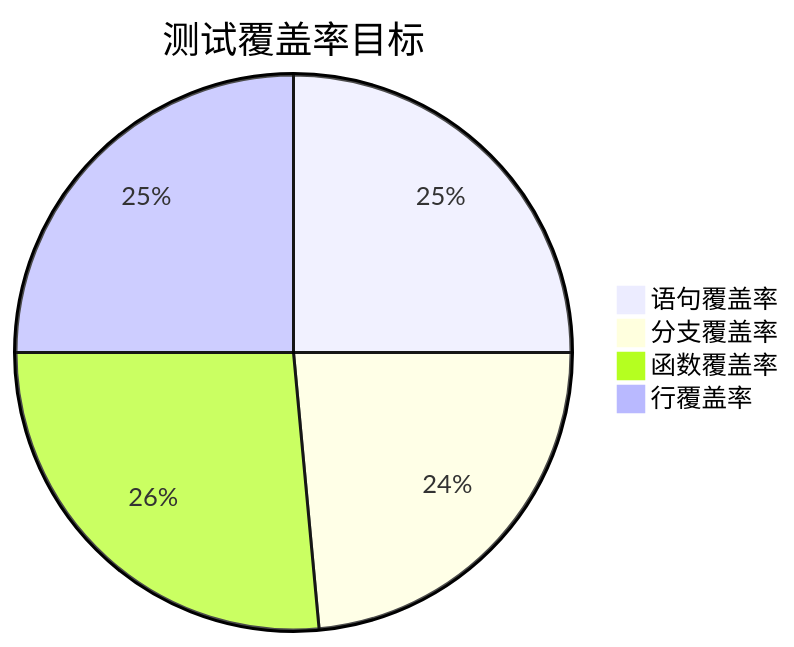
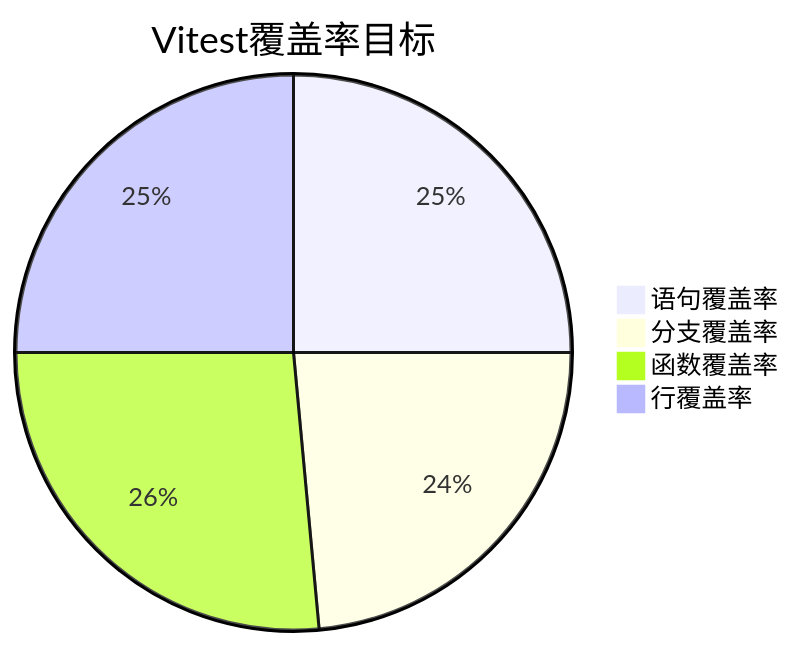
One commit to fengerzh/react-vscode-template changed the seventh of 11 diagrams in .qoder/repowiki/zh/content/测试策略/单元测试.md. Above: the diagram before and after it, drawn with Mermaid. The commit also changed other lines of this file and 15 other files, not shown here.

````diff
--- a/.qoder/repowiki/zh/content/测试策略/单元测试.md
+++ b/.qoder/repowiki/zh/content/测试策略/单元测试.md
@@ -279,8 +291,8 @@
 ```mermaid
 pie
-title 测试覆盖率目标
+title Vitest覆盖率目标
 "语句覆盖率" : 85
 "分支覆盖率" : 80
 "函数覆盖率" : 90
 "行覆盖率" : 85
 ```
````
